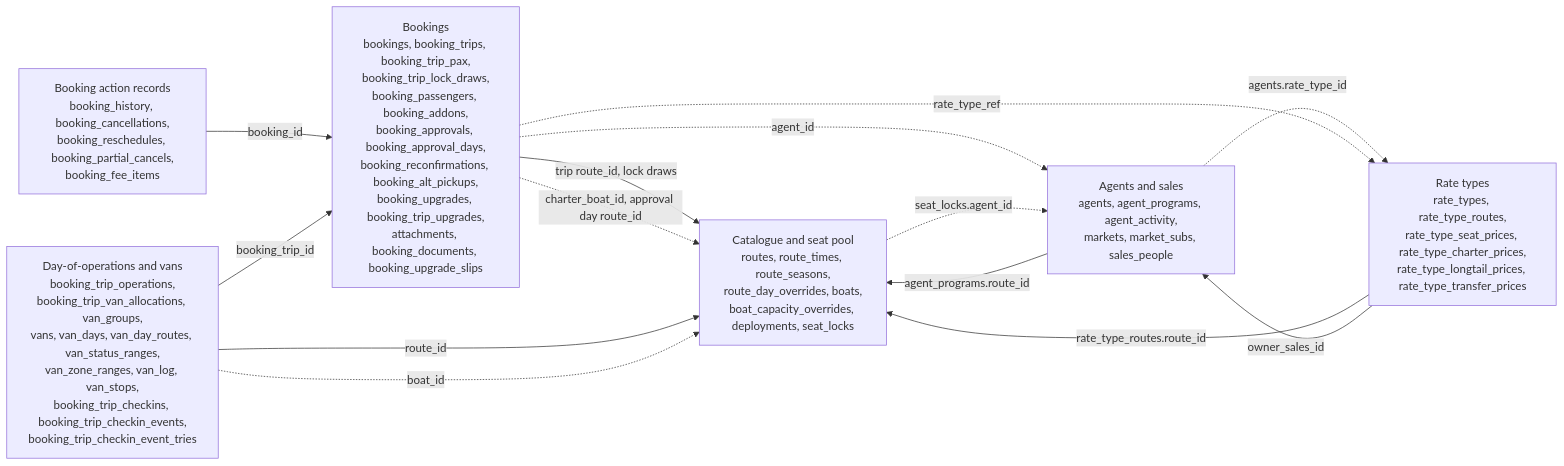
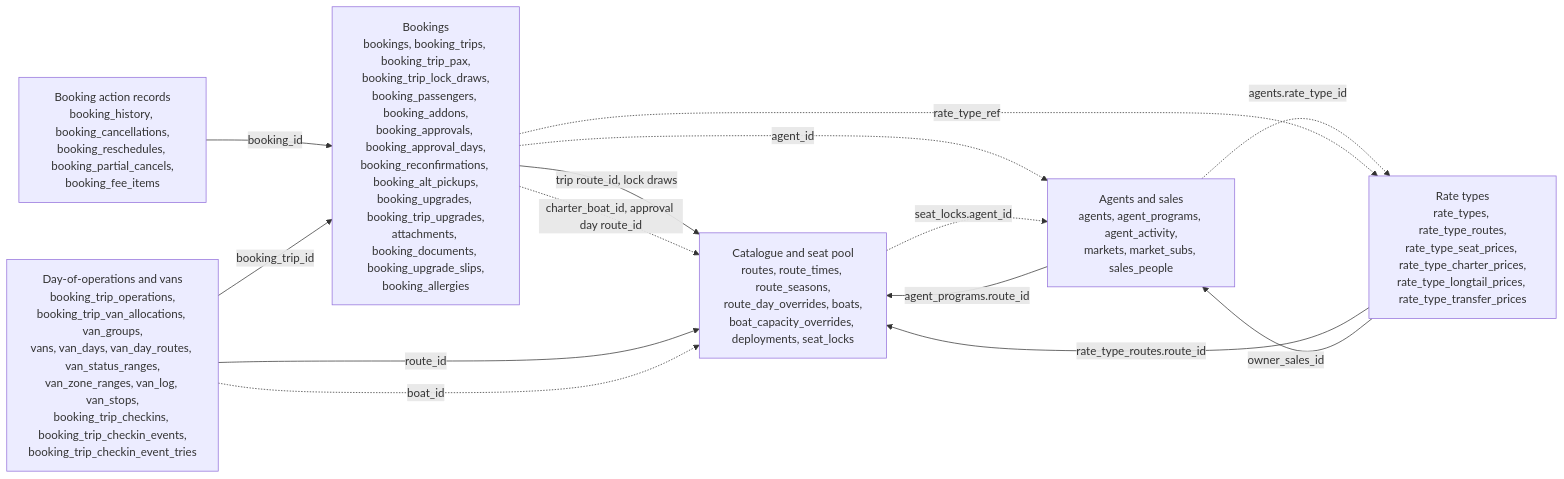
One commit to TheTaTha5/operation_backend changed the first of 7 diagrams in docs/schema.md. Above: the diagram before and after it, drawn with Mermaid. The commit also changed 11 other files, not shown here.

````diff
--- a/docs/schema.md
+++ b/docs/schema.md
@@ -28,23 +28,23 @@
 ```mermaid
 flowchart LR
   catalogue["Catalogue and seat pool<br/>routes, route_times, route_seasons,<br/>route_day_overrides, boats,<br/>boat_capacity_overrides, deployments, seat_locks"]
-  bookings["Bookings<br/>bookings, booking_trips, booking_trip_pax,<br/>booking_trip_lock_draws,<br/>booking_passengers, booking_addons,<br/>booking_approvals, booking_approval_days,<br/>booking_reconfirmations, booking_alt_pickups,<br/>booking_upgrades, booking_trip_upgrades,<br/>attachments, booking_documents, booking_upgrade_slips"]
+  bookings["Bookings<br/>bookings, booking_trips, booking_trip_pax,<br/>booking_trip_lock_draws,<br/>booking_passengers, booking_addons,<br/>booking_approvals, booking_approval_days,<br/>booking_reconfirmations, booking_alt_pickups,<br/>booking_upgrades, booking_trip_upgrades,<br/>attachments, booking_documents, booking_upgrade_slips,<br/>booking_allergies"]
   actions["Booking action records<br/>booking_history, booking_cancellations,<br/>booking_reschedules, booking_partial_cancels,<br/>booking_fee_items"]
   ops["Day-of-operations and vans<br/>booking_trip_operations,<br/>booking_trip_van_allocations, van_groups,<br/>vans, van_days, van_day_routes, van_status_ranges,<br/>van_zone_ranges, van_log, van_stops,<br/>booking_trip_checkins, booking_trip_checkin_events,<br/>booking_trip_checkin_event_tries"]
   sales["Agents and sales<br/>agents, agent_programs, agent_activity,<br/>markets, market_subs, sales_people"]
   rates["Rate types<br/>rate_types, rate_type_routes,<br/>rate_type_seat_prices, rate_type_charter_prices,<br/>rate_type_longtail_prices, rate_type_transfer_prices"]
 
   bookings -- "trip route_id, lock draws" --> catalogue
   bookings -. "charter_boat_id, approval day route_id" .-> catalogue
   actions -- "booking_id" --> bookings
   ops -- "booking_trip_id" --> bookings
   ops -- "route_id" --> catalogue
   ops -. "boat_id" .-> catalogue
   sales -- "agent_programs.route_id" --> catalogue
   bookings -. "agent_id" .-> sales
   catalogue -. "seat_locks.agent_id" .-> sales
   rates -- "rate_type_routes.route_id" --> catalogue
   rates -- "owner_sales_id" --> sales
   sales -. "agents.rate_type_id" .-> rates
   bookings -. "rate_type_ref" .-> rates
 ```
````
